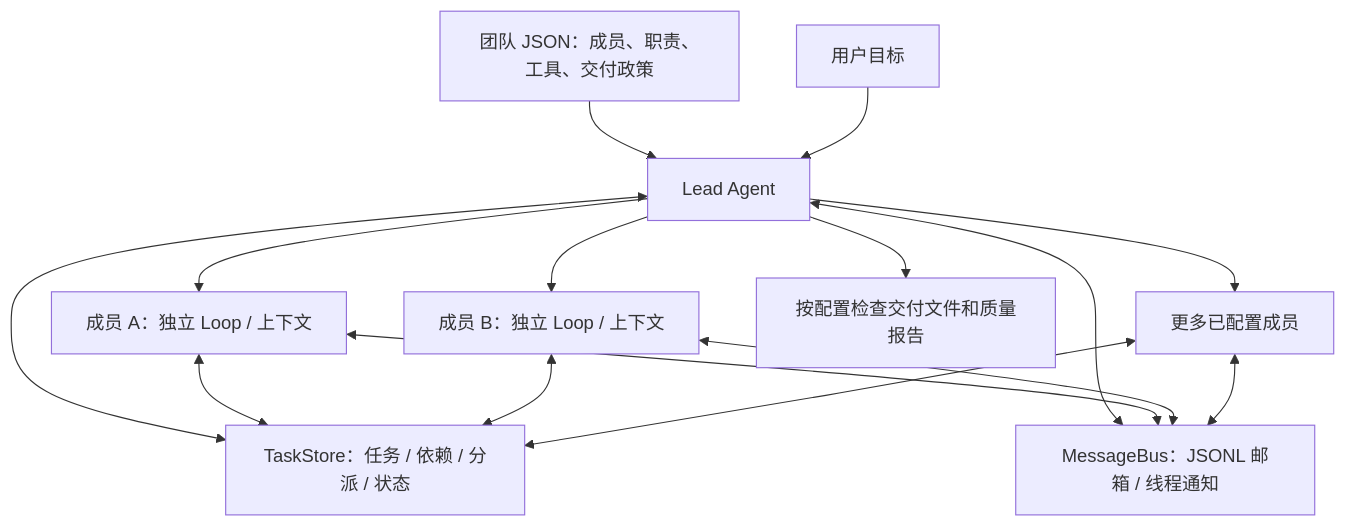
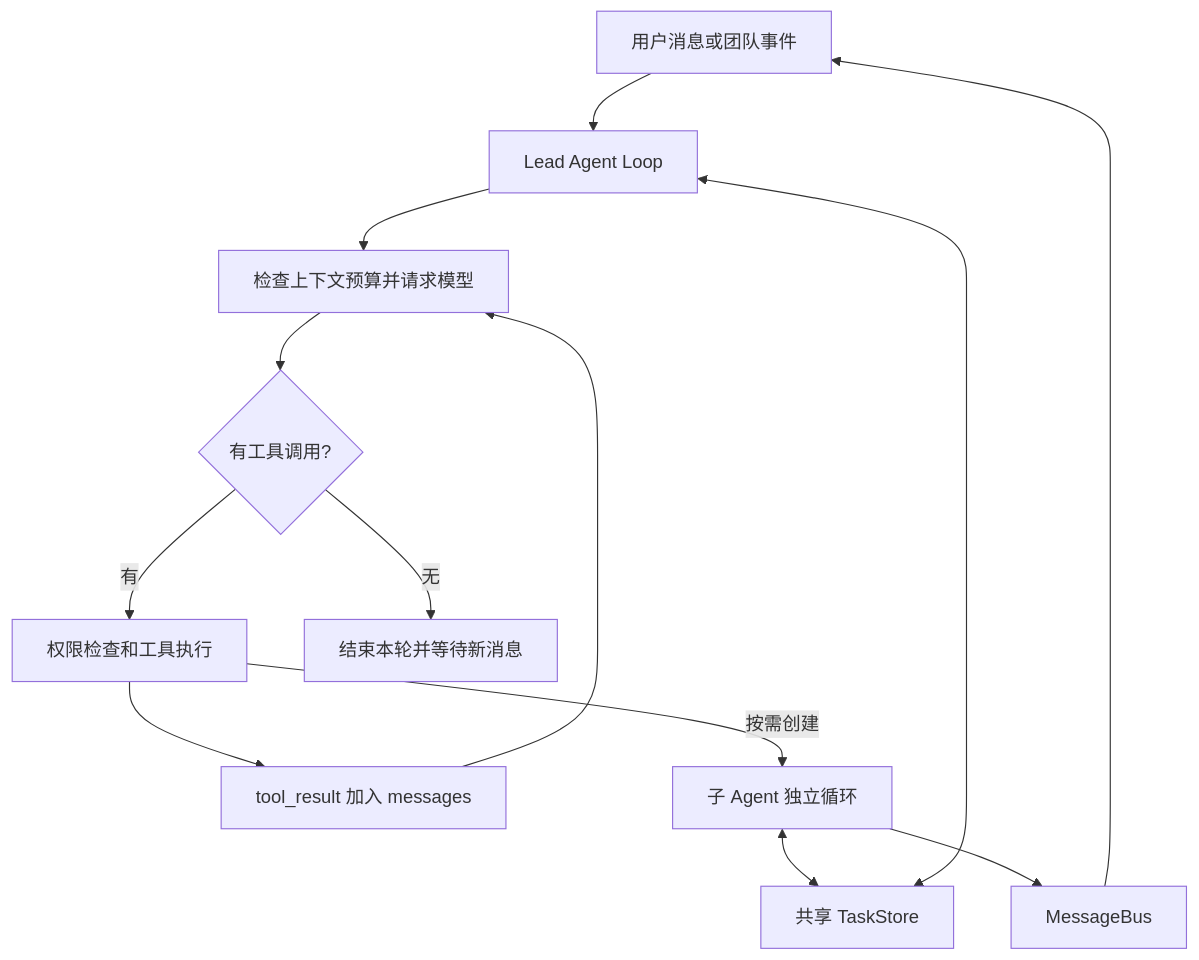
Before and after one commit to hihihiddssa/game-company-agent: the diagram in README.md, drawn with Mermaid. The commit also changed other lines of this file and 8 other files, not shown here.

````diff
--- a/README.md
+++ b/README.md
@@ -11,17 +57,15 @@
 ```mermaid
 flowchart TD
-    Config[团队 JSON：成员、职责、工具、交付政策] --> Lead[Lead Agent]
-    User[用户目标] --> Lead
-    Lead --> A[成员 A：独立 Loop / 上下文]
-    Lead --> B[成员 B：独立 Loop / 上下文]
-    Lead --> C[更多已配置成员]
-    Lead <--> Store[TaskStore：任务 / 依赖 / 分派 / 状态]
-    A <--> Store
-    B <--> Store
-    C <--> Store
-    Lead <--> Bus[MessageBus：JSONL 邮箱 / 线程通知]
-    A <--> Bus
-    B <--> Bus
-    C <--> Bus
-    Lead --> Delivery[按配置检查交付文件和质量报告]
+    Input[用户消息或团队事件] --> Lead[Lead Agent Loop]
+    Lead --> Model[检查上下文预算并请求模型]
+    Model --> Decision{有工具调用?}
+    Decision -->|有| Tools[权限检查和工具执行]
+    Tools --> Results[tool_result 加入 messages]
+    Results --> Model
+    Decision -->|无| Reply[结束本轮并等待新消息]
+    Tools -->|按需创建| Child[子 Agent 独立循环]
+    Child <--> Tasks[共享 TaskStore]
+    Lead <--> Tasks
+    Child --> Bus[MessageBus]
+    Bus --> Input
 ```
````
